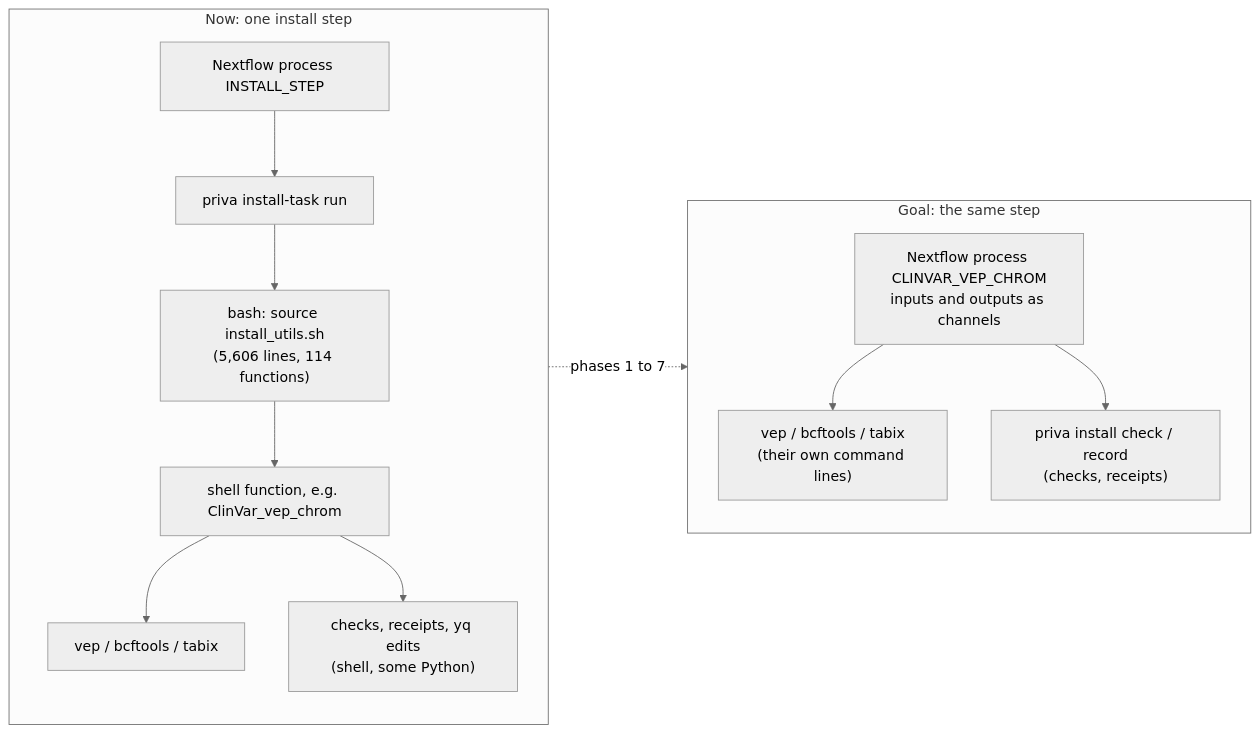
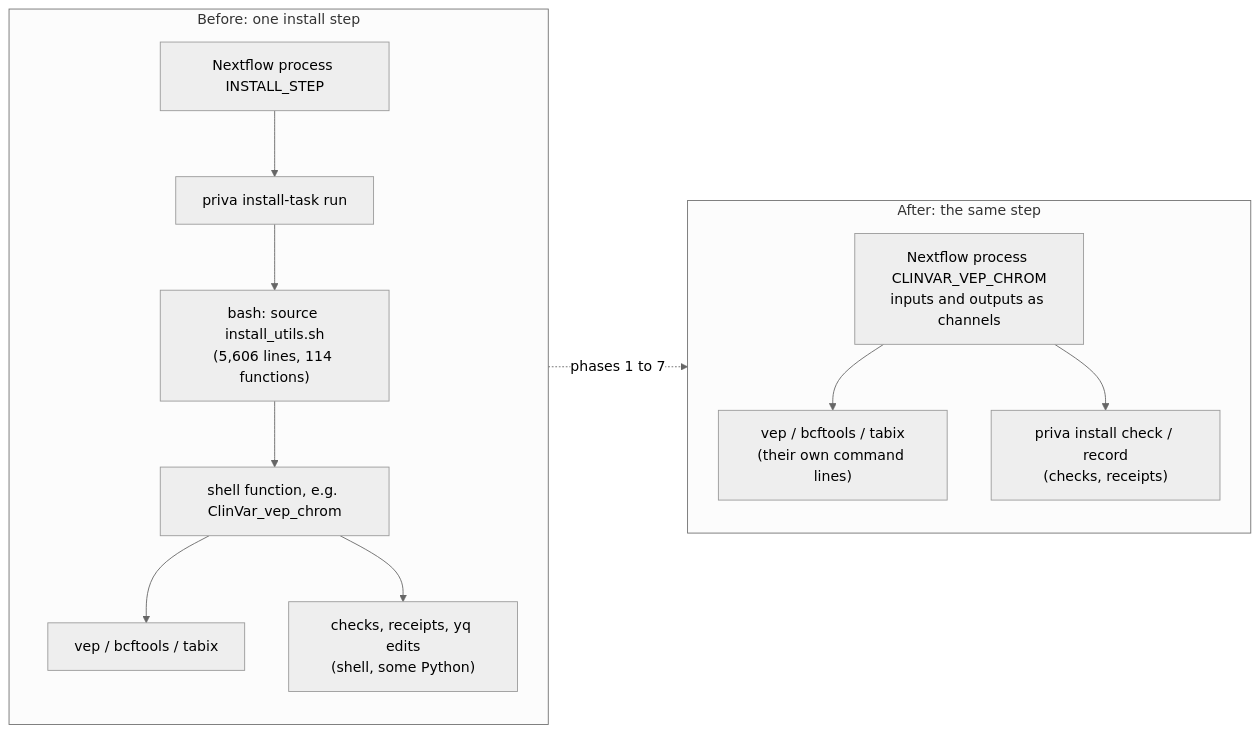
One commit to yangyxt/PriVA changed the first of 16 diagrams in rust/CONVERSION.md. Above: the diagram before and after it, drawn with Mermaid (neutral theme). The commit also changed other lines of this file and 171 other files, not shown here.

````diff
--- a/rust/CONVERSION.md
+++ b/rust/CONVERSION.md
@@ -476,17 +489,17 @@
 ```mermaid
 flowchart LR
-  subgraph now["Now: one install step"]
+  subgraph now["Before: one install step"]
     direction TB
     N1["Nextflow process INSTALL_STEP"] --> N2["priva install-task run"]
     N2 --> N3["bash: source install_utils.sh<br/>(5,606 lines, 114 functions)"]
     N3 --> N4["shell function, e.g. ClinVar_vep_chrom"]
     N4 --> N5["vep / bcftools / tabix"]
     N4 --> N6["checks, receipts, yq edits<br/>(shell, some Python)"]
   end
-  subgraph goal["Goal: the same step"]
+  subgraph goal["After: the same step"]
     direction TB
     G1["Nextflow process CLINVAR_VEP_CHROM<br/>inputs and outputs as channels"] --> G5["vep / bcftools / tabix<br/>(their own command lines)"]
     G1 --> G6["priva install check / record<br/>(checks, receipts)"]
   end
   now -. "phases 1 to 7" .-> goal
 ```
````
